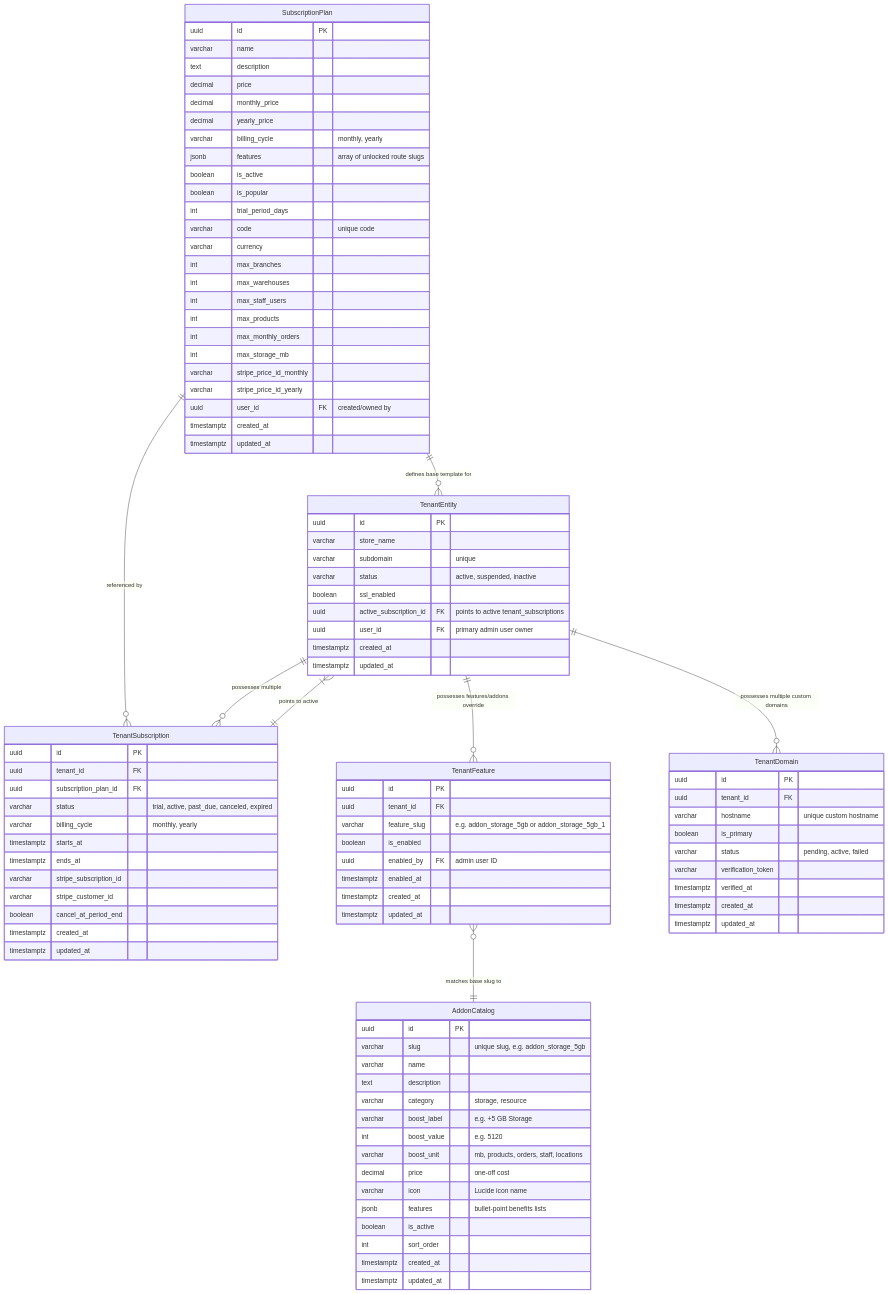
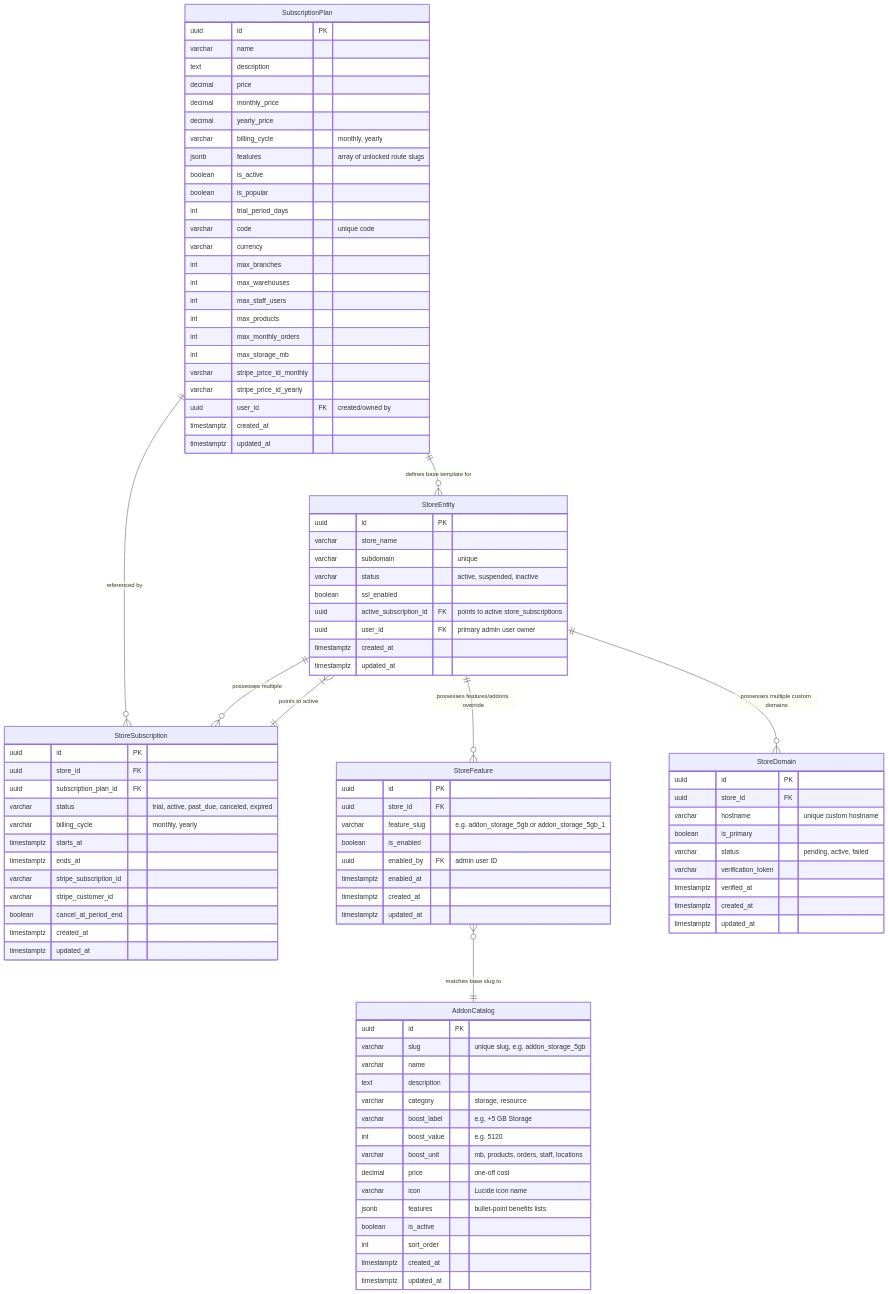
The first of 2 diagrams in doc/system-design/subscription_and_addons_architecture.md (gowtamkumar/eCommerce-multi-store-saas-erp), drawn with Mermaid before and after one commit. The commit also changed other lines of this file and 764 other files, not shown here.

````diff
--- a/doc/system-design/subscription_and_addons_architecture.md
+++ b/doc/system-design/subscription_and_addons_architecture.md
@@ -22,12 +22,12 @@
 ```mermaid
 erDiagram
-    SubscriptionPlan ||--o{ TenantEntity : "defines base template for"
-    SubscriptionPlan ||--o{ TenantSubscription : "referenced by"
-    TenantEntity ||--o{ TenantSubscription : "possesses multiple"
-    TenantEntity ||--o{ TenantFeature : "possesses features/addons override"
-    TenantEntity ||--o{ TenantDomain : "possesses multiple custom domains"
-    TenantEntity }|--|| TenantSubscription : "points to active"
-    TenantFeature }o--|| AddonCatalog : "matches base slug to"
+    SubscriptionPlan ||--o{ StoreEntity : "defines base template for"
+    SubscriptionPlan ||--o{ StoreSubscription : "referenced by"
+    StoreEntity ||--o{ StoreSubscription : "possesses multiple"
+    StoreEntity ||--o{ StoreFeature : "possesses features/addons override"
+    StoreEntity ||--o{ StoreDomain : "possesses multiple custom domains"
+    StoreEntity }|--|| StoreSubscription : "points to active"
+    StoreFeature }o--|| AddonCatalog : "matches base slug to"
 
     SubscriptionPlan {
         uuid id PK
@@ -56,21 +56,21 @@
         timestamptz updated_at
     }
 
-    TenantEntity {
+    StoreEntity {
         uuid id PK
         varchar store_name
         varchar subdomain "unique"
         varchar status "active, suspended, inactive"
         boolean ssl_enabled
-        uuid active_subscription_id FK "points to active tenant_subscriptions"
+        uuid active_subscription_id FK "points to active store_subscriptions"
         uuid user_id FK "primary admin user owner"
         timestamptz created_at
         timestamptz updated_at
     }
 
-    TenantSubscription {
+    StoreSubscription {
         uuid id PK
-        uuid tenant_id FK
+        uuid store_id FK
         uuid subscription_plan_id FK
         varchar status "trial, active, past_due, canceled, expired"
         varchar billing_cycle "monthly, yearly"
@@ -83,9 +83,9 @@
         timestamptz updated_at
     }
 
-    TenantFeature {
+    StoreFeature {
         uuid id PK
-        uuid tenant_id FK
+        uuid store_id FK
         varchar feature_slug "e.g. addon_storage_5gb or addon_storage_5gb_1"
         boolean is_enabled
         uuid enabled_by FK "admin user ID"
@@ -94,9 +94,9 @@
         timestamptz updated_at
     }
 
-    TenantDomain {
+    StoreDomain {
         uuid id PK
-        uuid tenant_id FK
+        uuid store_id FK
         varchar hostname "unique custom hostname"
         boolean is_primary
         varchar status "pending, active, failed"
````
